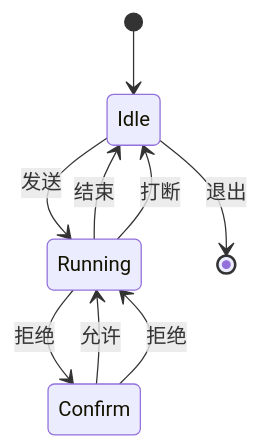
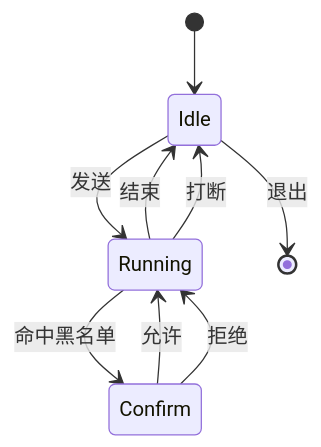
One commit to zyy17/pigo changed the third of 3 diagrams in docs/tui.zh-CN.md. Above: the diagram before and after it, drawn with Mermaid. The commit also changed other lines of this file and 6 other files, not shown here.

First line of the commit message:
docs: match the layer graph and the chat screen

````diff
--- a/docs/tui.zh-CN.md
+++ b/docs/tui.zh-CN.md
@@ -61,11 +61,11 @@
 ```mermaid
 stateDiagram-v2
     [*] --> Idle
     Idle --> Running: 发送
-    Running --> Confirm: 拒绝
+    Running --> Confirm: 命中黑名单
     Confirm --> Running: 允许
     Confirm --> Running: 拒绝
     Running --> Idle: 结束
     Running --> Idle: 打断
     Idle --> [*]: 退出
 ```
````
